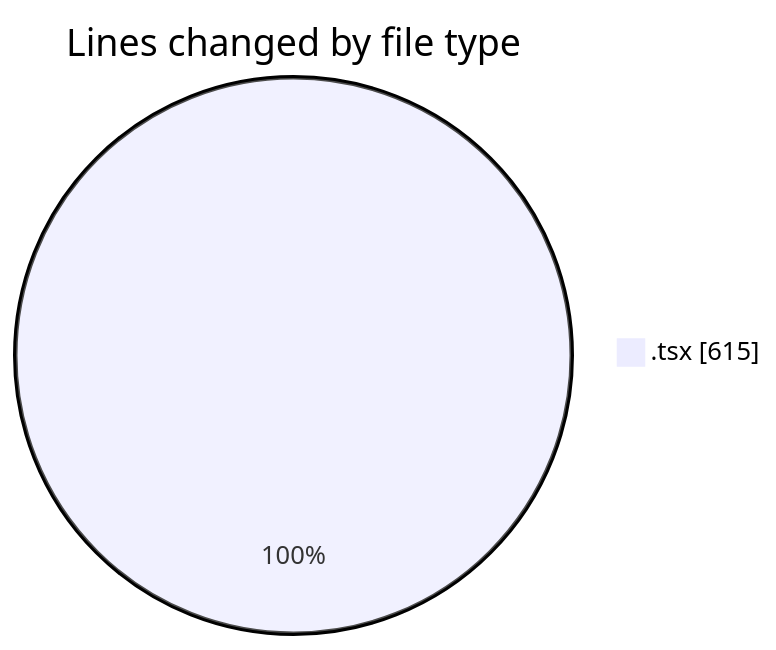
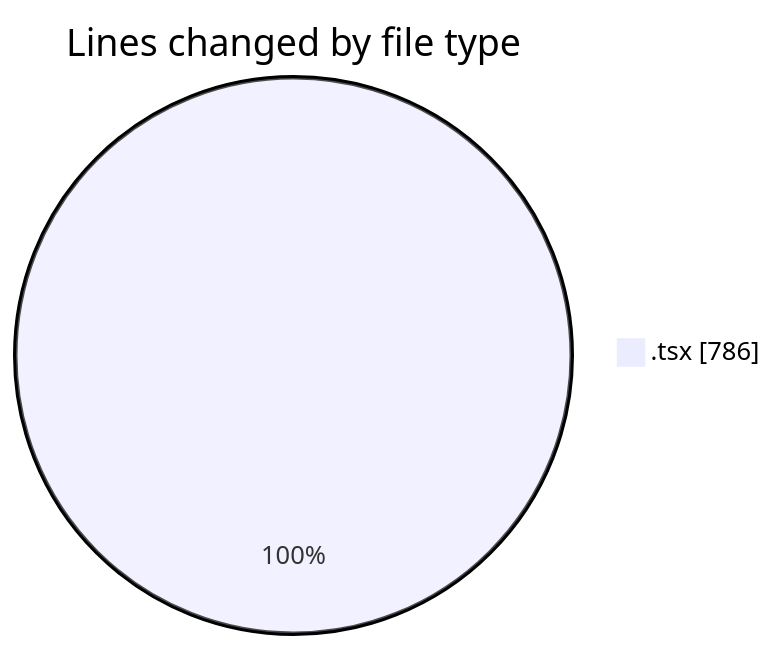
Before and after one commit to JenPaints/code-tracking: the first of 2 diagrams in 2025-05-29/kimberly-groups/README.md, drawn with Mermaid. The commit also changed other lines of this file and 1 other file, not shown here.

````diff
--- a/2025-05-29/kimberly-groups/README.md
+++ b/2025-05-29/kimberly-groups/README.md
@@ -20,5 +21,5 @@
 ```mermaid
 pie showData
 title Lines changed by file type
-".tsx" : 615
+".tsx" : 786
 ```
````
